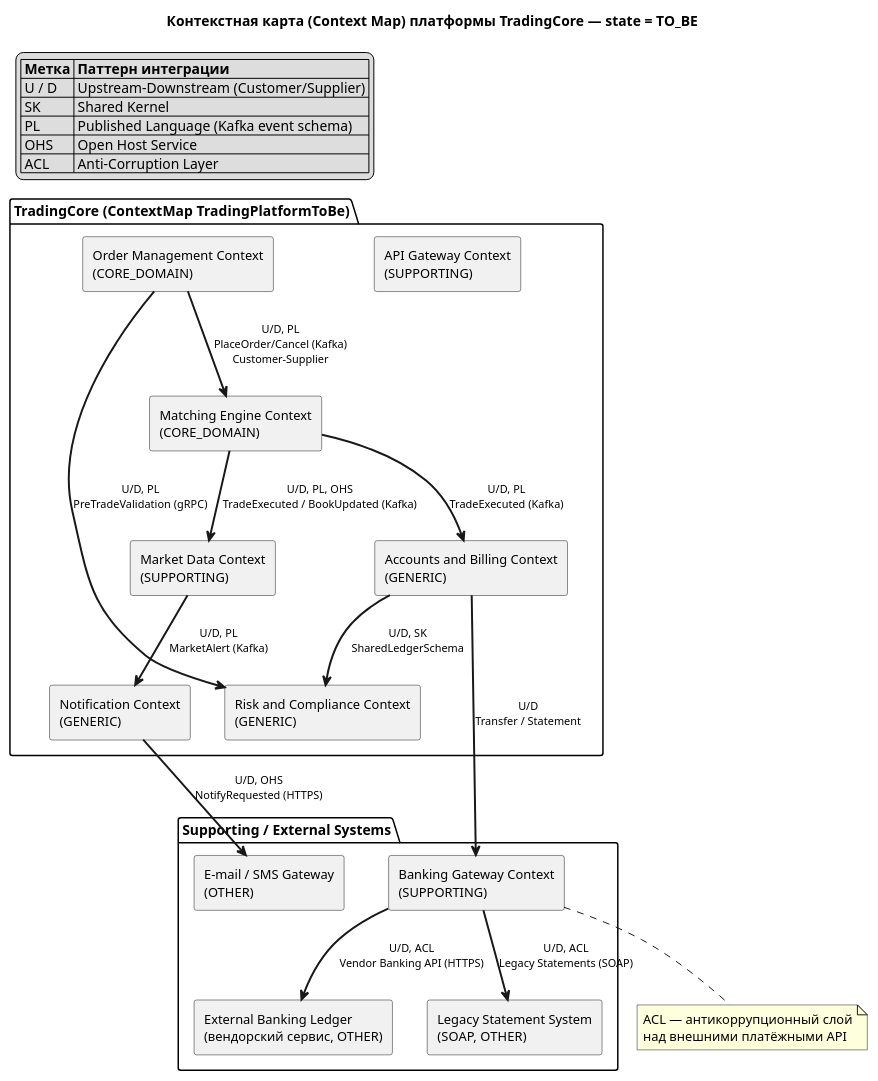
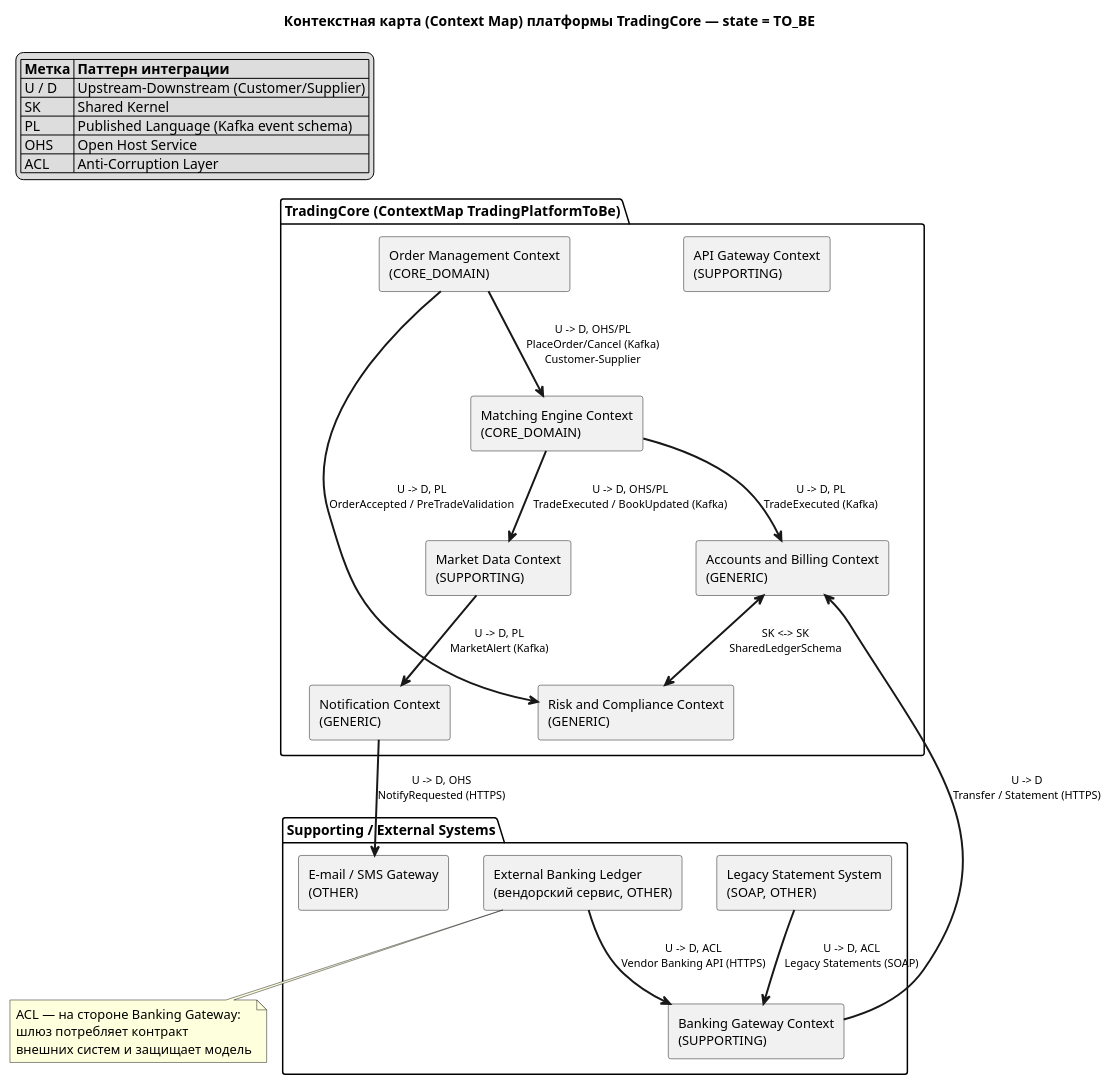
One commit to spacoistvie/LAB1 changed the diagram in docs/architecture/context-map.puml. Above: the diagram before and after it, drawn with PlantUML. The commit also changed 3 other files, not shown here.

```diff
--- a/docs/architecture/context-map.puml
+++ b/docs/architecture/context-map.puml
@@ -1,51 +1,53 @@
 @startuml Context Map — TradingCore (визуализация context-map.cml)
 title Контекстная карта (Context Map) платформы TradingCore — state = TO_BE
 
 hide stereotype
 skinparam rectangleFontSize 13
 skinparam ArrowFontSize 11
 
 legend top left
   |= Метка |= Паттерн интеграции |
   | U / D | Upstream–Downstream (Customer/Supplier) |
   | SK | Shared Kernel |
   | PL | Published Language (Kafka event schema) |
   | OHS | Open Host Service |
   | ACL | Anti-Corruption Layer |
 endlegend
 
 package "TradingCore (ContextMap TradingPlatformToBe)" {
   rectangle "API Gateway Context\n(SUPPORTING)" as gateway_ctx
   rectangle "Order Management Context\n(CORE_DOMAIN)" as order_ctx
   rectangle "Matching Engine Context\n(CORE_DOMAIN)" as matching_ctx
   rectangle "Market Data Context\n(SUPPORTING)" as md_ctx
   rectangle "Accounts and Billing Context\n(GENERIC)" as accounts_ctx
   rectangle "Risk and Compliance Context\n(GENERIC)" as risk_ctx
   rectangle "Notification Context\n(GENERIC)" as notify_ctx
 }
 
 package "Supporting / External Systems" {
   rectangle "Banking Gateway Context\n(SUPPORTING)" as banking_ctx
   rectangle "External Banking Ledger\n(вендорский сервис, OTHER)" as ledger_ctx
   rectangle "Legacy Statement System\n(SOAP, OTHER)" as legacy_ctx
   rectangle "E-mail / SMS Gateway\n(OTHER)" as email_ctx
 }
 
 ' --- Отношения из ContextMap (Context Mapper DSL) ---
-order_ctx -[bold]-> matching_ctx : U/D, PL\nPlaceOrder/Cancel (Kafka)\nCustomer-Supplier
-order_ctx -[bold]-> risk_ctx : U/D, PL\nPreTradeValidation (gRPC)
-matching_ctx -[bold]-> md_ctx : U/D, PL, OHS\nTradeExecuted / BookUpdated (Kafka)
-matching_ctx -[bold]-> accounts_ctx : U/D, PL\nTradeExecuted (Kafka)
-accounts_ctx -[bold]-> risk_ctx : U/D, SK\nSharedLedgerSchema
-md_ctx -[bold]-> notify_ctx : U/D, PL\nMarketAlert (Kafka)
-accounts_ctx -[bold]-> banking_ctx : U/D\nTransfer / Statement
-banking_ctx -[bold]-> ledger_ctx : U/D, ACL\nVendor Banking API (HTTPS)
-banking_ctx -[bold]-> legacy_ctx : U/D, ACL\nLegacy Statements (SOAP)
-notify_ctx -[bold]-> email_ctx : U/D, OHS\nNotifyRequested (HTTPS)
+' Стрелка идёт от upstream к downstream; ACL — на стороне downstream, SK — симметричная связь.
+order_ctx -[bold]-> matching_ctx : U -> D, OHS/PL\nPlaceOrder/Cancel (Kafka)\nCustomer-Supplier
+order_ctx -[bold]-> risk_ctx : U -> D, PL\nOrderAccepted / PreTradeValidation
+matching_ctx -[bold]-> md_ctx : U -> D, OHS/PL\nTradeExecuted / BookUpdated (Kafka)
+matching_ctx -[bold]-> accounts_ctx : U -> D, PL\nTradeExecuted (Kafka)
+accounts_ctx <-[bold]-> risk_ctx : SK <-> SK\nSharedLedgerSchema
+md_ctx -[bold]-> notify_ctx : U -> D, PL\nMarketAlert (Kafka)
+banking_ctx -[bold]-> accounts_ctx : U -> D\nTransfer / Statement (HTTPS)
+ledger_ctx -[bold]-> banking_ctx : U -> D, ACL\nVendor Banking API (HTTPS)
+legacy_ctx -[bold]-> banking_ctx : U -> D, ACL\nLegacy Statements (SOAP)
+notify_ctx -[bold]-> email_ctx : U -> D, OHS\nNotifyRequested (HTTPS)
 
-note bottom of banking_ctx
-ACL — антикоррупционный слой
-над внешними платёжными API
+note bottom of ledger_ctx
+ACL — на стороне Banking Gateway:
+шлюз потребляет контракт
+внешних систем и защищает модель
 end note
 
 @enduml
```
